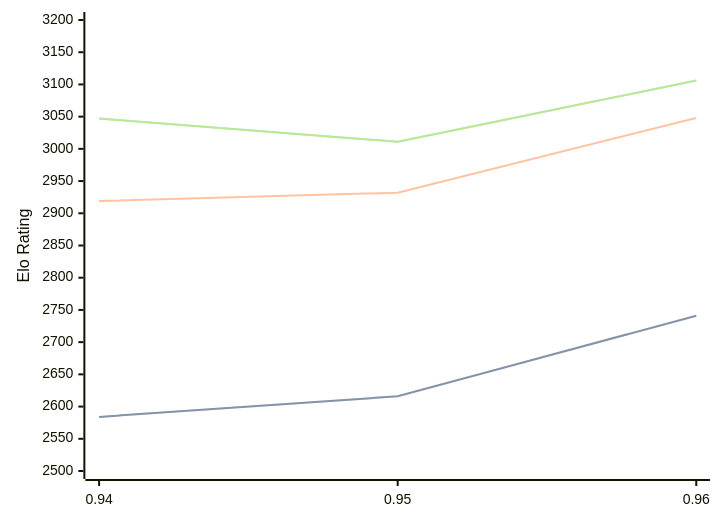
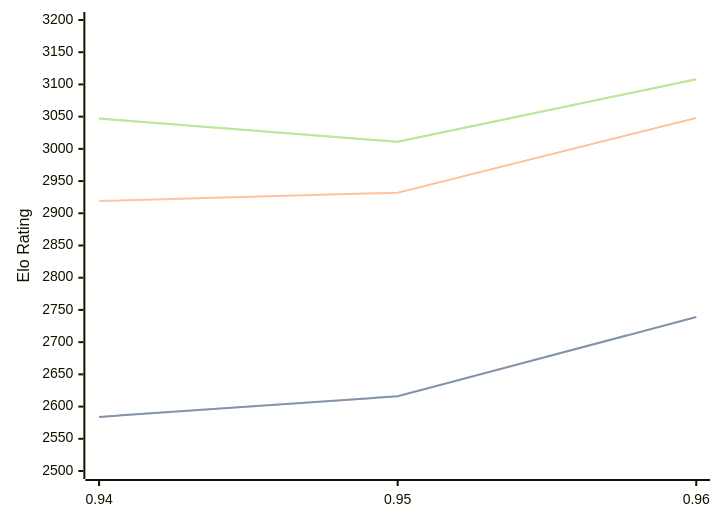
One commit to computer-chess-index/cci changed the diagram in engines/Myrddin.md. Above: the diagram before and after it, drawn with Mermaid. The commit also changed other lines of this file, not shown here.

Commit message:
Update CCI Ratings (ELO VLTC) - 2026-08-17

````diff
--- a/engines/Myrddin.md
+++ b/engines/Myrddin.md
@@ -33,11 +33,11 @@
 ```mermaid
 %%{init: {"theme":"base","themeVariables":{"seriesColors:['#a3a3a3','#222221','#faa371']}}}%%
 xychart-beta
   x-axis ["0.94", "0.95", "0.96"]
   y-axis "Elo Rating" 2500 --> 3200
-  line "STC (8.0+0.08s)" [2584, 2616, 2741]
-  line "STC (8.0+0.08s)" [2584, 2616, 2741]
+  line "STC (8.0+0.08s)" [2584, 2616, 2739]
+  line "STC (8.0+0.08s)" [2584, 2616, 2739]
   line "LTC (60.0+0.60s)" [2919, 2932, 3048]
-  line "VLTC (2m24s+1.12s)" [3047, 3011, 3106]
-  line "VLTC (2m24s+1.12s)" [3047, 3011, 3106]
+  line "VLTC (2m24s+1.12s)" [3047, 3011, 3108]
+  line "VLTC (2m24s+1.12s)" [3047, 3011, 3108]
 ```
````
